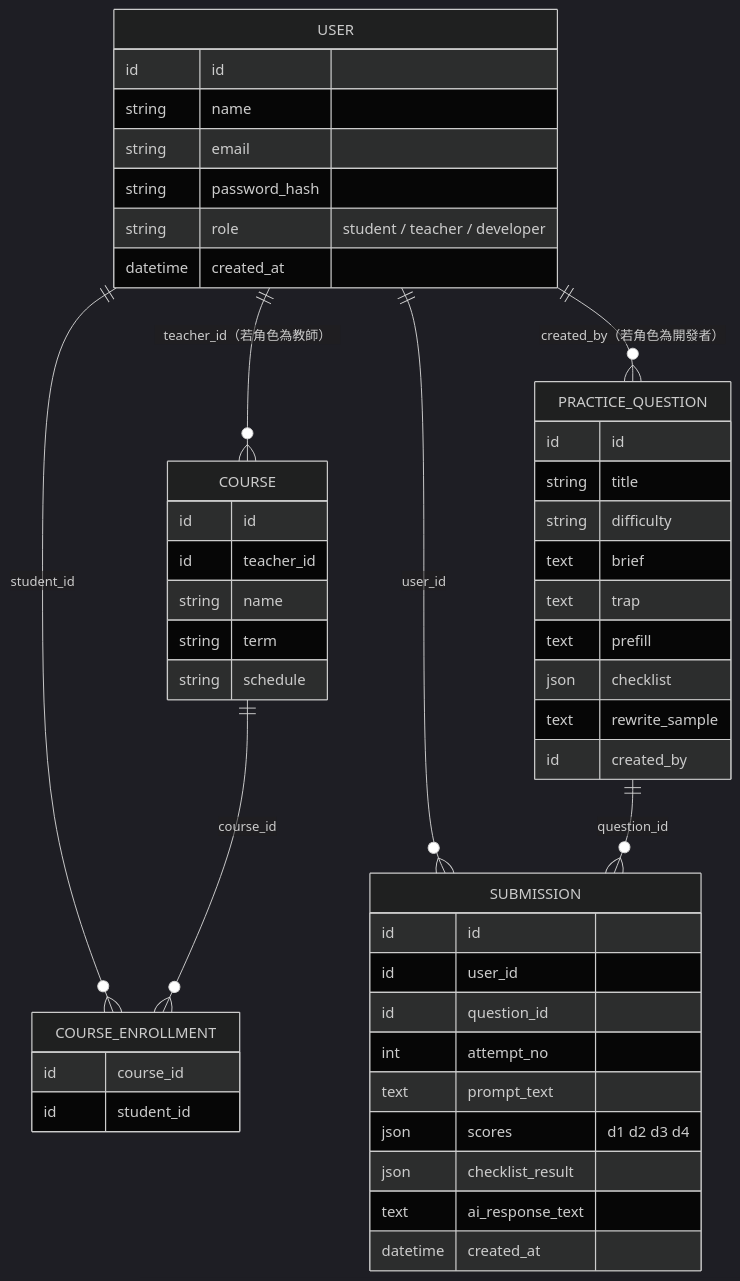
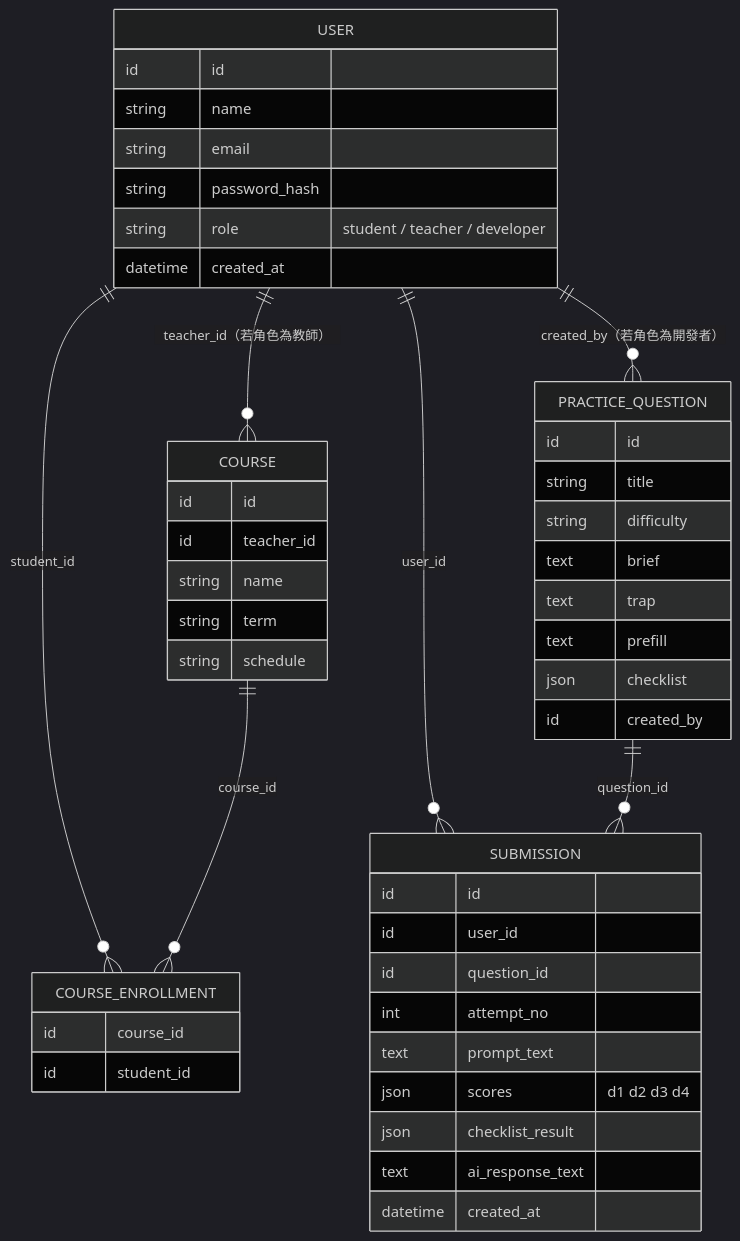
Before and after one commit to Jammie-Liu/MIS_113_group4_AIpromptProject: the diagram in docs/plan-system-overview.md, drawn with Mermaid (dark theme). The commit also changed other lines of this file and 1 other file, not shown here.

````diff
--- a/docs/plan-system-overview.md
+++ b/docs/plan-system-overview.md
@@ -99,51 +143,50 @@
 ```mermaid
 erDiagram
     USER ||--o{ COURSE : "teacher_id（若角色為教師）"
     USER ||--o{ COURSE_ENROLLMENT : "student_id"
     COURSE ||--o{ COURSE_ENROLLMENT : "course_id"
     USER ||--o{ PRACTICE_QUESTION : "created_by（若角色為開發者）"
     USER ||--o{ SUBMISSION : "user_id"
     PRACTICE_QUESTION ||--o{ SUBMISSION : "question_id"
 
     USER {
         id id
         string name
         string email
         string password_hash
         string role "student / teacher / developer"
         datetime created_at
     }
     COURSE {
         id id
         id teacher_id
         string name
         string term
         string schedule
     }
     COURSE_ENROLLMENT {
         id course_id
         id student_id
     }
     PRACTICE_QUESTION {
         id id
         string title
         string difficulty
         text brief
         text trap
         text prefill
         json checklist
-        text rewrite_sample
         id created_by
     }
     SUBMISSION {
         id id
         id user_id
         id question_id
         int attempt_no
         text prompt_text
         json scores "d1 d2 d3 d4"
         json checklist_result
         text ai_response_text
         datetime created_at
     }
 ```
````
